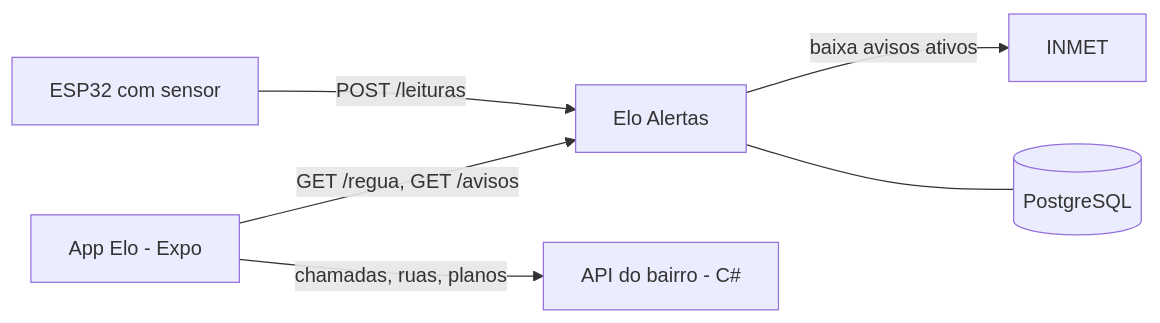
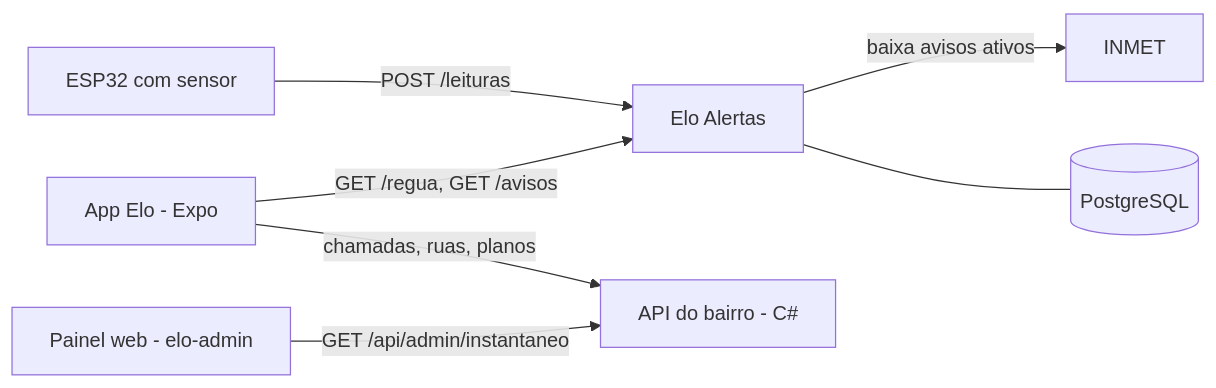
The first of 2 diagrams in README.md (Elo-Fiap/elo-alertas), drawn with Mermaid before and after one commit. The commit also changed other lines of this file and 4 other files, not shown here.

````diff
--- a/README.md
+++ b/README.md
@@ -12,8 +12,9 @@
 ```mermaid
 flowchart LR
     ESP[ESP32 com sensor] -->|POST /leituras| ALERTAS[Elo Alertas]
     APP[App Elo - Expo] -->|GET /regua, GET /avisos| ALERTAS
     APP -->|chamadas, ruas, planos| BAIRRO[API do bairro - C#]
+    PAINEL[Painel web - elo-admin] -->|GET /api/admin/instantaneo| BAIRRO
     ALERTAS -->|baixa avisos ativos| INMET[INMET]
     ALERTAS --- DB[(PostgreSQL)]
 ```
````
